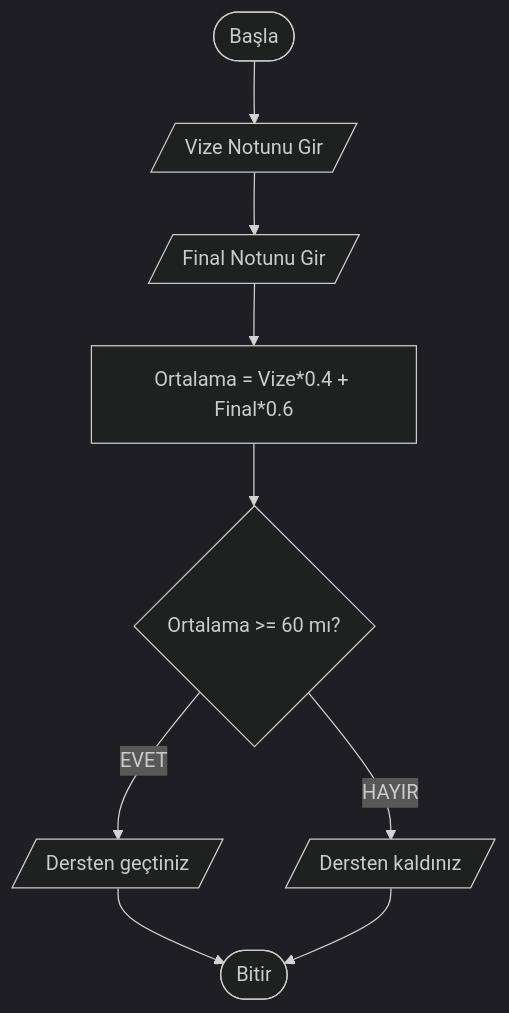
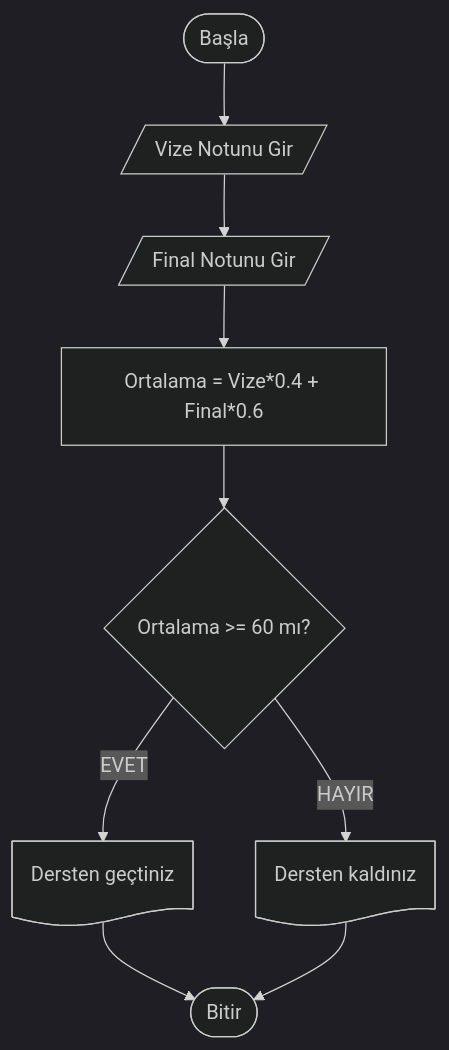
One commit to ibrahimayaz/Algoritma-ve-Programlamaya-Giris changed the third of 10 diagrams in Hafta_04_Akis_Diyagramlari_1.md. Above: the diagram before and after it, drawn with Mermaid (dark theme). The commit also changed other lines of this file, not shown here.

````diff
--- a/Hafta_04_Akis_Diyagramlari_1.md
+++ b/Hafta_04_Akis_Diyagramlari_1.md
@@ -96,13 +97,13 @@
 ```mermaid
 graph TD
     A([Başla]) --> B[/Vize Notunu Gir/]
     B --> C[/Final Notunu Gir/]
     C --> D[Ortalama = Vize*0.4 + Final*0.6]
     D --> E{Ortalama >= 60 mı?}
     
-    E -- EVET --> F[/Dersten geçtiniz/]
-    E -- HAYIR --> G[/Dersten kaldınız/]
+    E -- EVET --> F@{ shape: doc, label: "Dersten geçtiniz" }
+    E -- HAYIR --> G@{ shape: doc, label: "Dersten kaldınız" }
     
     F --> H([Bitir])
     G --> H([Bitir])
 ```
````
